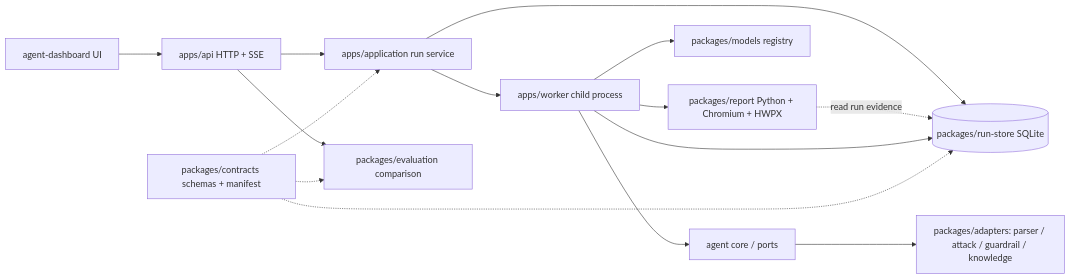
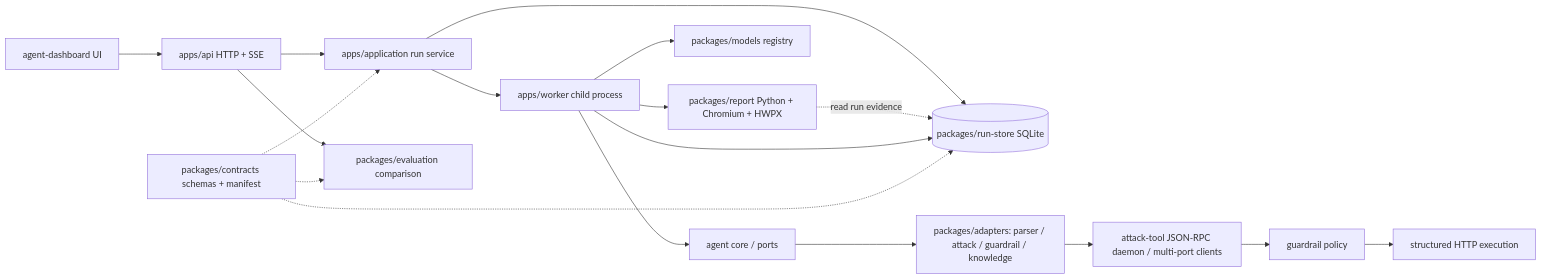
The diagram in docs/ARCHITECTURE.md (typemnm/FSL-CA3P), drawn with Mermaid before and after one commit. The commit also changed other lines of this file and 23 other files, not shown here.

Commit message:
feat: add guarded multi-agent attack-tool daemon (#32)

````diff
--- a/docs/ARCHITECTURE.md
+++ b/docs/ARCHITECTURE.md
@@ -3,17 +3,20 @@
 ```mermaid
 flowchart LR
   UI[agent-dashboard UI] --> API[apps/api HTTP + SSE]
   API --> APP[apps/application run service]
   APP --> DB[(packages/run-store SQLite)]
   APP --> WORKER[apps/worker child process]
   WORKER --> CORE[agent core / ports]
   CORE --> ADAPTER[packages/adapters: parser / attack / guardrail / knowledge]
+  ADAPTER --> AT[attack-tool JSON-RPC daemon / multi-port clients]
+  AT --> GR[guardrail policy]
+  GR --> EXEC[structured HTTP execution]
   WORKER --> MODELS[packages/models registry]
   WORKER --> REPORT[packages/report Python + Chromium + HWPX]
   REPORT -.read run evidence.-> DB
   WORKER --> DB
   API --> EVAL[packages/evaluation comparison]
   CONTRACTS[packages/contracts schemas + manifest] -.-> APP
   CONTRACTS -.-> DB
   CONTRACTS -.-> EVAL
 ```
````
